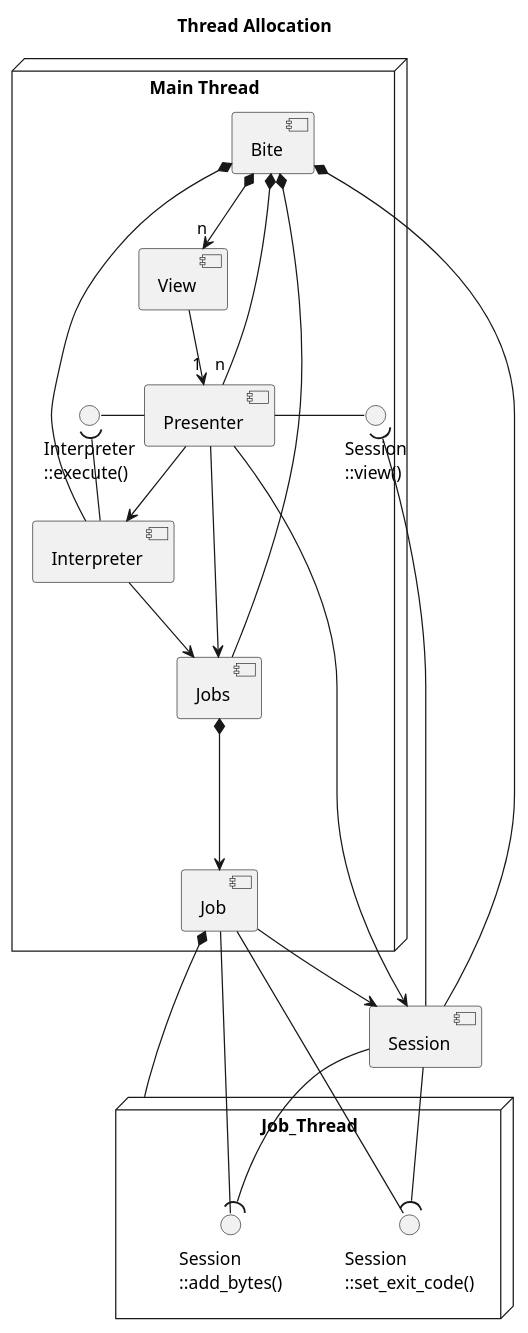
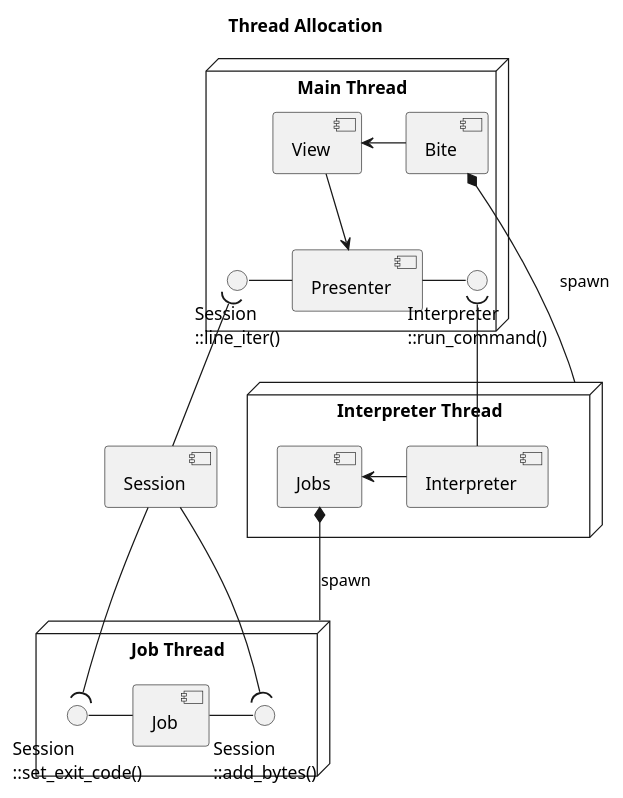
Before and after one commit to LarsEKrueger/bite: the second of 7 diagrams in doc/architecture.pu, drawn with PlantUML. The commit also changed other lines of this file and 10 other files, not shown here.

```diff
--- a/doc/architecture.pu
+++ b/doc/architecture.pu
@@ -36,54 +31,45 @@
 @startuml
 title Thread Allocation
 
 component Session
 
 node "Main Thread" as Main_Thread {
   [Bite]
   [View]
   [Presenter]
+  interface "Session\n::line_iter()" as Session_view
+  interface "Interpreter\n::run_command()" as Interpreter_execute
+}
+
+node "Interpreter Thread" as Interpreter_Thread {
   [Interpreter]
   [Jobs]
-  [Job]
-  interface "Session\n::view()" as Session_view
-  interface "Interpreter\n::execute()" as Interpreter_execute
 }
-
-[Presenter] --> [Session]
-[Jobs] *---> [Job]
-[Job] *--- Job_Thread
-[Bite] *-- [Interpreter]
-[Bite] *-- [Jobs]
-[Bite] *-- Session
-[Bite] *--> "n" [View]
-Bite *-- "n" Presenter
-[View] --> "1" [Presenter]
-
-Job --> Session
-Interpreter --> Jobs
-
-
-Presenter - Session_view
-
-Presenter - Interpreter_execute
-Presenter --> Interpreter
-
-Presenter --> Jobs
 
 node "Job Thread" as Job_Thread {
   interface "Session\n::add_bytes()" as Session_add
-
+  [Job]
   interface "Session\n::set_exit_code()" as Session_set_exit_code
 }
 
-Session_view )-- Session
+Bite *-right- Interpreter_Thread : spawn
+Jobs *-- Job_Thread : spawn
+[Bite] -left-> [View]
+[View] --> [Presenter]
+
+Interpreter -left-> Jobs
+
+Presenter -left- Session_view
+Presenter - Interpreter_execute
+
+Session -up-( Session_view
 Session --( Session_add
 
 Session --( Session_set_exit_code
-Session_set_exit_code -- Job
+Job -left- Session_set_exit_code
 
-[Job] -- Session_add
+Job -right- Session_add
 
-Interpreter_execute )-- Interpreter
+Interpreter_execute )-down- Interpreter 
 
 @enduml
```
